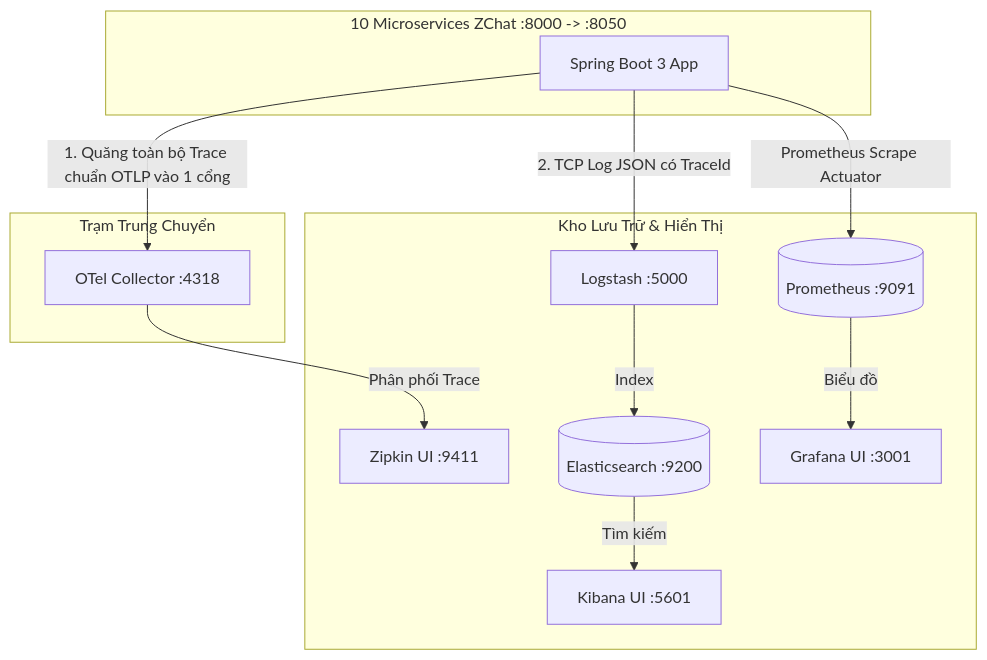
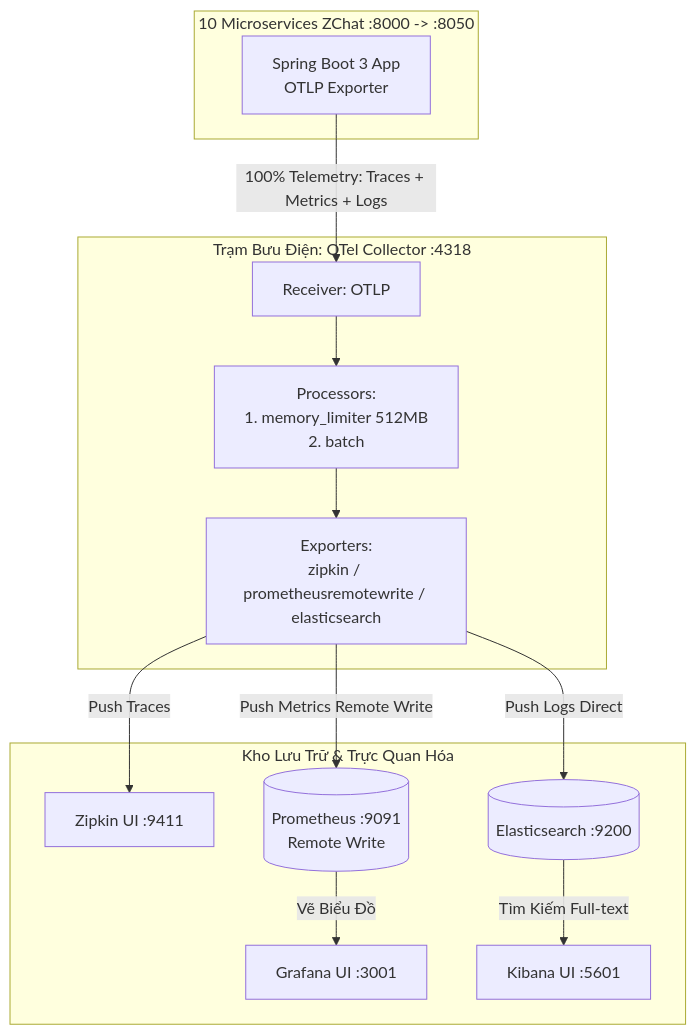
The diagram in docs/architecture/observability_integration_recipe.md (quyennguyencoder/microservice-chat-platform), drawn with Mermaid before and after one commit. The commit also changed other lines of this file, not shown here.

````diff
--- a/docs/architecture/observability_integration_recipe.md
+++ b/docs/architecture/observability_integration_recipe.md
@@ -11,29 +11,29 @@
 ```mermaid
 flowchart TD
     subgraph ZChat [10 Microservices ZChat :8000 -> :8050]
-        APP[Spring Boot 3 App]
+        APP[Spring Boot 3 App<br>OTLP Exporter]
     end
 
-    subgraph Central [Trạm Trung Chuyển]
-        OTEL[OTel Collector :4318]
+    subgraph Central [Trạm Bưu Điện: OTel Collector :4318]
+        REC[Receiver: OTLP]
+        PROC[Processors:<br>1. memory_limiter 512MB<br>2. batch]
+        EXP[Exporters:<br>zipkin / prometheusremotewrite / elasticsearch]
     end
 
-    subgraph Backends [Kho Lưu Trữ & Hiển Thị]
-        PROM[(Prometheus :9091)]
+    subgraph Backends [Kho Lưu Trữ & Trực Quan Hóa]
+        ZIP[Zipkin UI :9411]
+        PROM[(Prometheus :9091<br>Remote Write)]
         GRAF[Grafana UI :3001]
-        ZIP[Zipkin UI :9411]
-        LS[Logstash :5000]
         ES[(Elasticsearch :9200)]
         KIB[Kibana UI :5601]
     end
 
-    APP -->|1. Quăng toàn bộ Trace chuẩn OTLP vào 1 cổng| OTEL
-    APP -->|2. TCP Log JSON có TraceId| LS
+    APP -->|100% Telemetry: Traces + Metrics + Logs| REC
+    REC --> PROC --> EXP
 
-    OTEL -->|Phân phối Trace| ZIP
-    APP -->|Prometheus Scrape Actuator| PROM
-    PROM -->|Biểu đồ| GRAF
-
-    LS -->|Index| ES
-    ES -->|Tìm kiếm| KIB
+    EXP -->|Push Traces| ZIP
+    EXP -->|Push Metrics Remote Write| PROM
+    PROM -->|Vẽ Biểu Đồ| GRAF
+    EXP -->|Push Logs Direct| ES
+    ES -->|Tìm Kiếm Full-text| KIB
 ```
````
